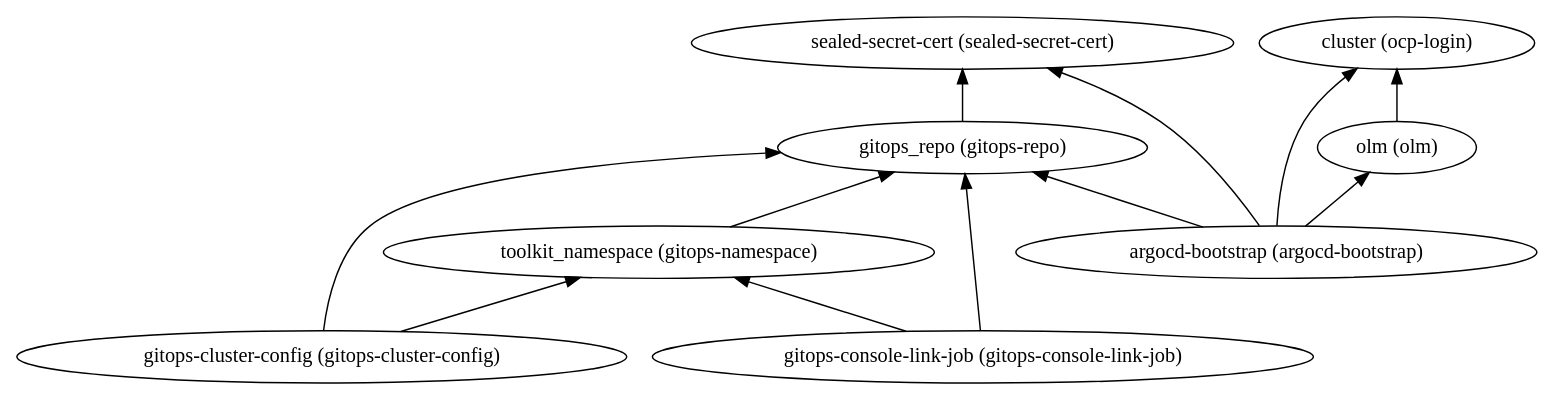
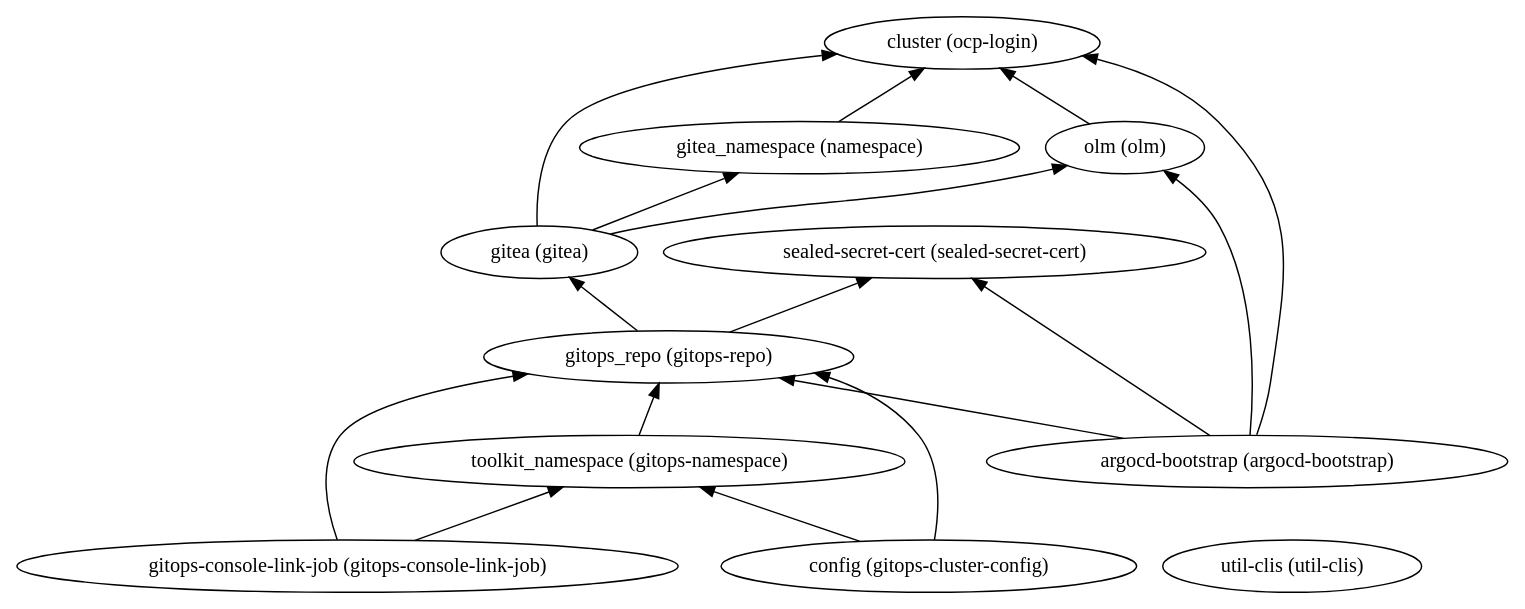
Before and after one commit to IBM/automation-integration-platform: the diagram in 200-openshift-gitops/dependencies.dot, drawn with Graphviz. The commit also changed 112 other files, not shown here.

```diff
--- a/200-openshift-gitops/dependencies.dot
+++ b/200-openshift-gitops/dependencies.dot
@@ -1,22 +1,30 @@
 digraph {
     rankdir="BT"
-    "gitops_repo (gitops-repo)" -> "sealed-secret-cert (sealed-secret-cert)"
+    "config (gitops-cluster-config)" -> "gitops_repo (gitops-repo)"
+"config (gitops-cluster-config)" -> "toolkit_namespace (gitops-namespace)"
+"config (gitops-cluster-config)"
+"gitops_repo (gitops-repo)" -> "sealed-secret-cert (sealed-secret-cert)"
+"gitops_repo (gitops-repo)" -> "gitea (gitea)"
 "gitops_repo (gitops-repo)"
 "sealed-secret-cert (sealed-secret-cert)"
+"gitea (gitea)" -> "cluster (ocp-login)"
+"gitea (gitea)" -> "olm (olm)"
+"gitea (gitea)" -> "gitea_namespace (namespace)"
+"gitea (gitea)"
+"cluster (ocp-login)"
+"olm (olm)" -> "cluster (ocp-login)"
+"olm (olm)"
+"gitea_namespace (namespace)" -> "cluster (ocp-login)"
+"gitea_namespace (namespace)"
+"toolkit_namespace (gitops-namespace)" -> "gitops_repo (gitops-repo)"
+"toolkit_namespace (gitops-namespace)"
 "argocd-bootstrap (argocd-bootstrap)" -> "cluster (ocp-login)"
 "argocd-bootstrap (argocd-bootstrap)" -> "olm (olm)"
 "argocd-bootstrap (argocd-bootstrap)" -> "gitops_repo (gitops-repo)"
 "argocd-bootstrap (argocd-bootstrap)" -> "sealed-secret-cert (sealed-secret-cert)"
 "argocd-bootstrap (argocd-bootstrap)"
-"cluster (ocp-login)"
-"olm (olm)" -> "cluster (ocp-login)"
-"olm (olm)"
-"gitops-cluster-config (gitops-cluster-config)" -> "gitops_repo (gitops-repo)"
-"gitops-cluster-config (gitops-cluster-config)" -> "toolkit_namespace (gitops-namespace)"
-"gitops-cluster-config (gitops-cluster-config)"
-"toolkit_namespace (gitops-namespace)" -> "gitops_repo (gitops-repo)"
-"toolkit_namespace (gitops-namespace)"
 "gitops-console-link-job (gitops-console-link-job)" -> "gitops_repo (gitops-repo)"
 "gitops-console-link-job (gitops-console-link-job)" -> "toolkit_namespace (gitops-namespace)"
 "gitops-console-link-job (gitops-console-link-job)"
+"util-clis (util-clis)"
   }
```
